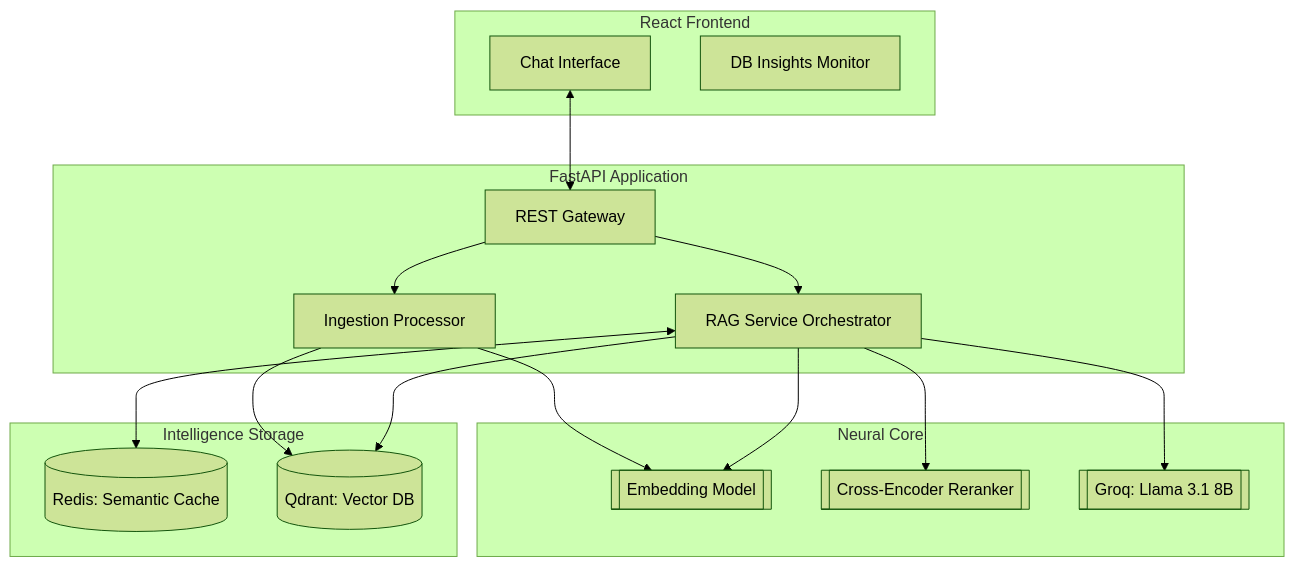
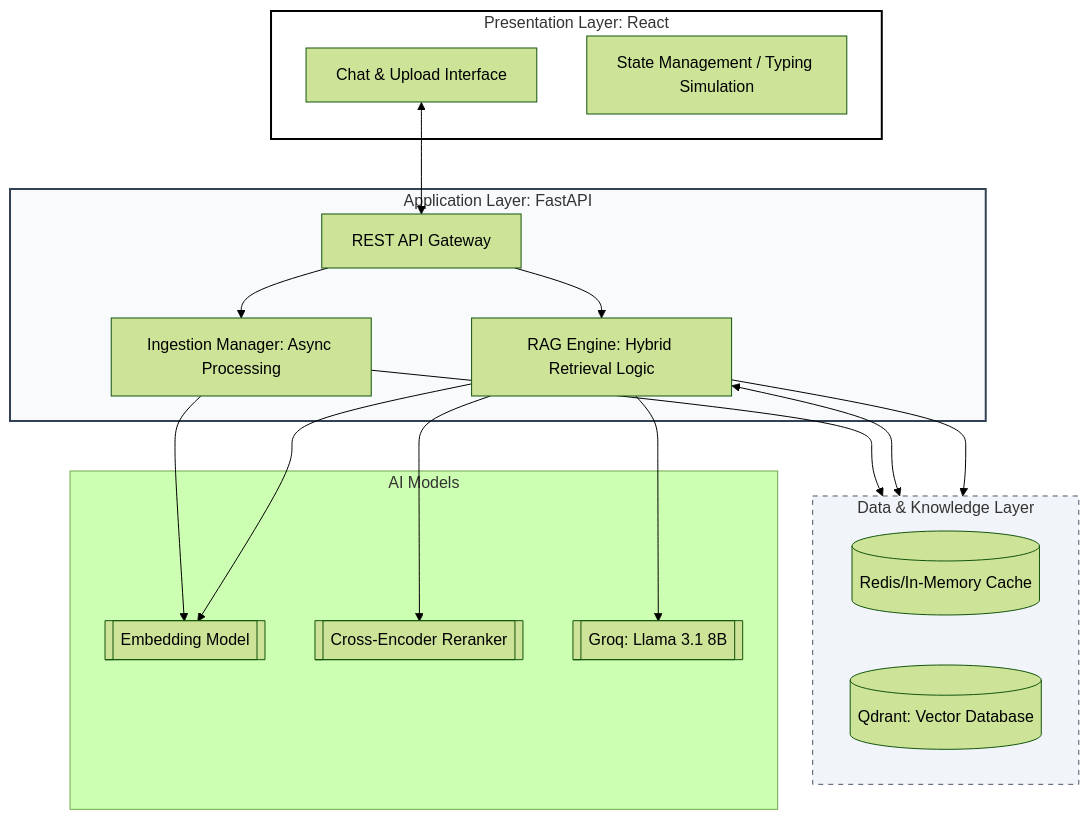
The second of 3 diagrams in README.md (nandhini9074-create/RAG-system), drawn with Mermaid (forest theme) before and after one commit. The commit also changed other lines of this file, not shown here.

````diff
--- a/README.md
+++ b/README.md
@@ -116,36 +99,43 @@
 ```mermaid
 graph TB
-    subgraph Client_Experience [React Frontend]
-        UI[Chat Interface]
-        Stats[DB Insights Monitor]
+    subgraph Client_Experience [Presentation Layer: React]
+        UI[Chat & Upload Interface]
+        State[State Management / Typing Simulation]
     end
 
-    subgraph Service_Orchestrator [FastAPI Application]
-        API_G[REST Gateway]
-        RAG_S[RAG Service Orchestrator]
-        ING_P[Ingestion Processor]
+    subgraph Service_Orchestrator [Application Layer: FastAPI]
+        API_G[REST API Gateway]
+        Ingest_M[Ingestion Manager: Async Processing]
+        RAG_E[RAG Engine: Hybrid Retrieval Logic]
     end
 
-    subgraph Data_Storage [Intelligence Storage]
-        RD[(Redis: Semantic Cache)]
-        QD[(Qdrant: Vector DB)]
+    subgraph Intelligence_Storage [Data & Knowledge Layer]
+        direction LR
+        RD[(Redis/In-Memory Cache)]
+        QD[(Qdrant: Vector Database)]
     end
 
-    subgraph Neural_Models [Neural Core]
+    subgraph Neural_Core [AI Models]
         EMB[[Embedding Model]]
         RER[[Cross-Encoder Reranker]]
         LLM[[Groq: Llama 3.1 8B]]
     end
 
-    %% Interactions
+    %% Interaction Flows
     UI <--> API_G
-    API_G --> RAG_S
-    API_G --> ING_P
-    RAG_S <--> RD
-    RAG_S --> EMB
-    RAG_S --> QD
-    RAG_S --> RER
-    RAG_S --> LLM
-    ING_P --> EMB
-    ING_P --> QD
+    API_G --> Ingest_M
+    API_G --> RAG_E
+
+    Ingest_M --> EMB
+    Ingest_M --> QD
+
+    RAG_E <--> RD
+    RAG_E --> EMB
+    RAG_E --> QD
+    RAG_E --> RER
+    RAG_E --> LLM
+
+    style Client_Experience fill:#ffffff,stroke:#000,stroke-width:2px
+    style Service_Orchestrator fill:#f8fafc,stroke:#334155,stroke-width:2px
+    style Intelligence_Storage fill:#f1f5f9,stroke:#475569,stroke-dasharray: 5 5
 ```
````
